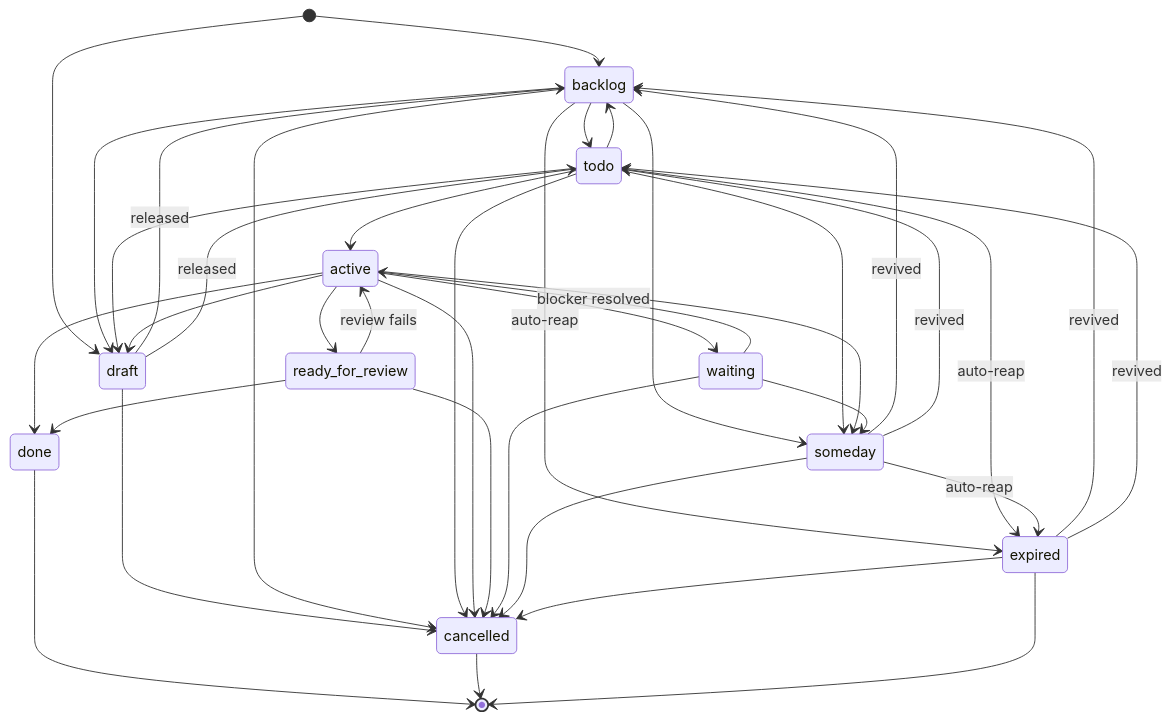
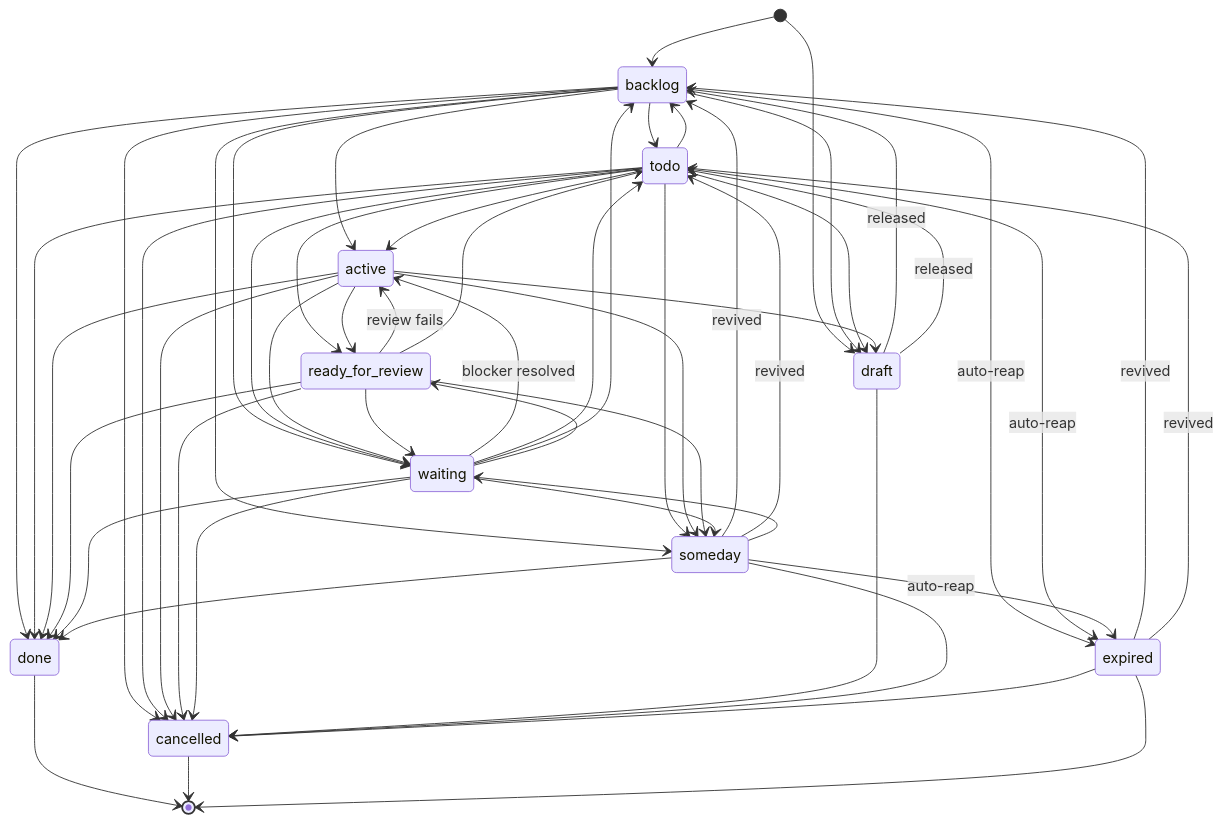
The diagram in packages/gptodo/README.md (gptme/gptme-contrib), drawn with Mermaid before and after one commit. The commit also changed other lines of this file and 5 other files, not shown here.

````diff
--- a/packages/gptodo/README.md
+++ b/packages/gptodo/README.md
@@ -246,41 +249,56 @@
 ```mermaid
 stateDiagram-v2
     [*] --> backlog
     [*] --> draft
-    draft --> backlog : released
-    draft --> todo : released
-    draft --> cancelled
     backlog --> todo
+    backlog --> active
+    backlog --> waiting
+    backlog --> done
     backlog --> draft
     backlog --> someday
     backlog --> cancelled
+    backlog --> expired : auto-reap
     todo --> active
+    todo --> waiting
+    todo --> done
+    todo --> ready_for_review
     todo --> backlog
     todo --> draft
     todo --> someday
     todo --> cancelled
+    todo --> expired : auto-reap
     active --> ready_for_review
     active --> waiting
     active --> draft
     active --> someday
     active --> done
     active --> cancelled
     ready_for_review --> active : review fails
+    ready_for_review --> todo
+    ready_for_review --> waiting
+    ready_for_review --> someday
     ready_for_review --> done
     ready_for_review --> cancelled
     waiting --> active : blocker resolved
+    waiting --> todo
+    waiting --> backlog
+    waiting --> done
+    waiting --> ready_for_review
     waiting --> someday
     waiting --> cancelled
+    draft --> backlog : released
+    draft --> todo : released
+    draft --> cancelled
     someday --> backlog : revived
     someday --> todo : revived
+    someday --> waiting
+    someday --> done
     someday --> cancelled
-    backlog --> expired : auto-reap
-    todo --> expired : auto-reap
     someday --> expired : auto-reap
     expired --> backlog : revived
     expired --> todo : revived
     expired --> cancelled
     done --> [*]
     cancelled --> [*]
     expired --> [*]
 ```
````
